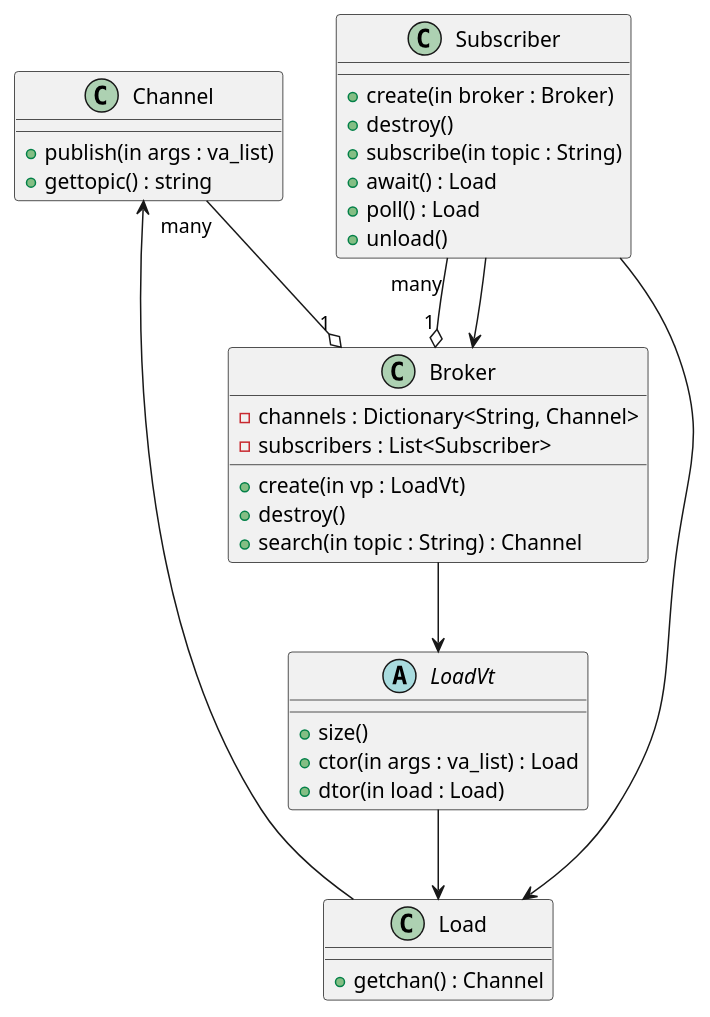
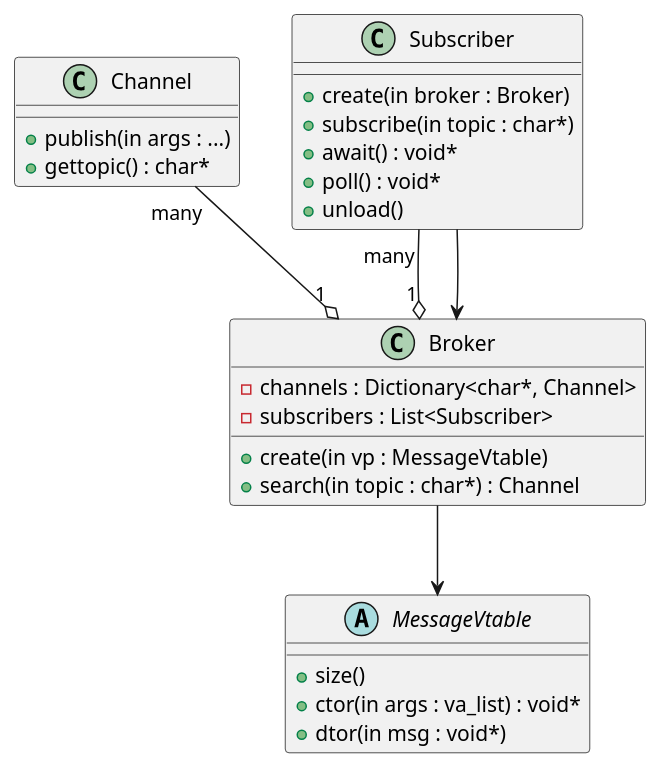
Before and after one commit to SzymonTurno/sturk: the diagram in src/broker/docs/hierarchy.puml, drawn with PlantUML. The commit also changed 23 other files, not shown here.

```diff
--- a/src/broker/docs/hierarchy.puml
+++ b/src/broker/docs/hierarchy.puml
@@ -1,41 +1,34 @@
-@startuml "Message broker data types"
-    class Channel {
-        +publish(in args : va_list)
-        +gettopic() : string
-    }
+@startuml "Broker data types"
 
-    class Load {
-        +getchan() : Channel
-    }
+abstract class MessageVtable {
+    +size()
+    +ctor(in args : va_list) : void*
+    +dtor(in msg : void*)
+}
 
-    abstract class LoadVt {
-        +size()
-        +ctor(in args : va_list) : Load
-        +dtor(in load : Load)
-    }
+class Broker {
+    -channels : Dictionary<char*, Channel>
+    -subscribers : List<Subscriber>
+    +create(in vp : MessageVtable)
+    +search(in topic : char*) : Channel
+}
 
-    class Broker {
-        -channels : Dictionary<String, Channel>
-        -subscribers : List<Subscriber>
-        +create(in vp : LoadVt)
-        +destroy()
-        +search(in topic : String) : Channel
-    }
+class Channel {
+    +publish(in args : ...)
+    +gettopic() : char*
+}
 
-    class Subscriber {
-        +create(in broker : Broker)
-        +destroy()
-        +subscribe(in topic : String)
-        +await() : Load
-        +poll() : Load
-        +unload()
-    }
+class Subscriber {
+    +create(in broker : Broker)
+    +subscribe(in topic : char*)
+    +await() : void*
+    +poll() : void*
+    +unload()
+}
 
-    Channel "many" --o "1" Broker
-    Load --> Channel
-    LoadVt --> Load
-    Broker --> LoadVt
-    Subscriber "many" --o "1" Broker
-    Subscriber --> Broker
-    Subscriber --> Load
+Channel "many" --o "1" Broker
+Broker --> MessageVtable
+Subscriber "many" --o "1" Broker
+Subscriber --> Broker
+
 @enduml
```
